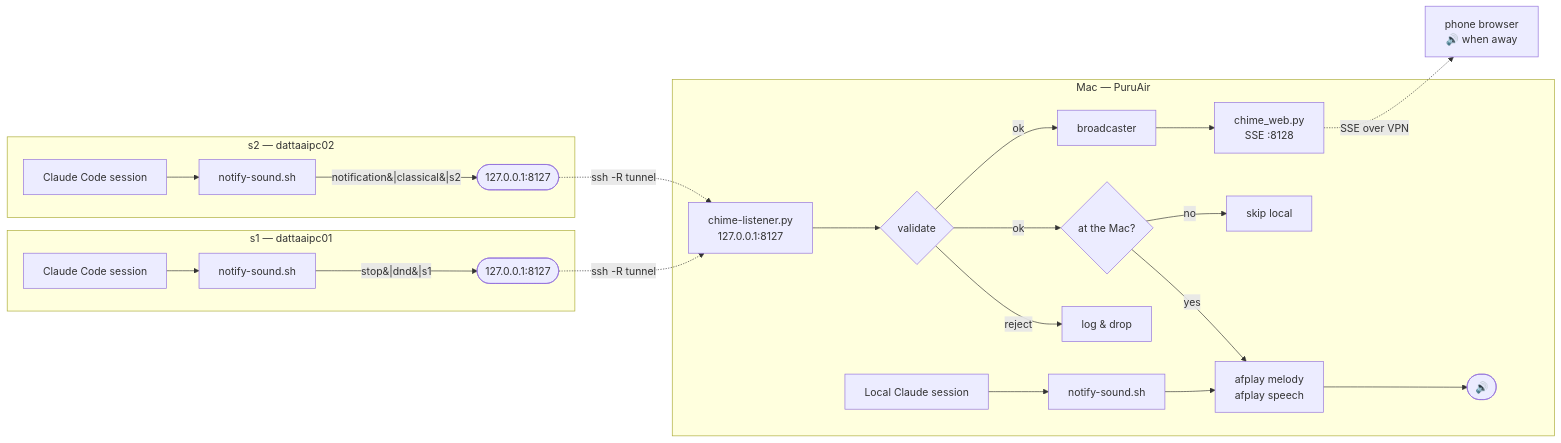
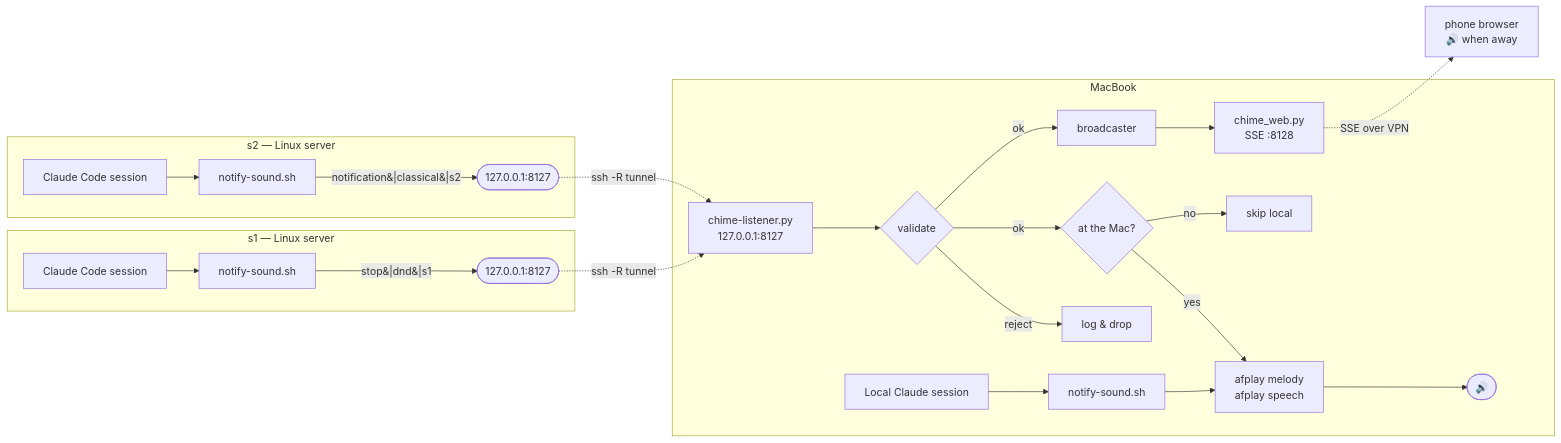
The diagram in docs/architecture.md (chandroos24/claw-bell), drawn with Mermaid before and after one commit. The commit also changed other lines of this file and 7 other files, not shown here.

````diff
--- a/docs/architecture.md
+++ b/docs/architecture.md
@@ -28,30 +28,30 @@
 ```mermaid
 flowchart LR
-    subgraph S1["s1 &mdash; dattaaipc01"]
+    subgraph S1["s1 &mdash; Linux server"]
         C1["Claude Code session"] --> H1["notify-sound.sh"]
         H1 -->|"stop&#124;dnd&#124;s1"| P1(["127.0.0.1:8127"])
     end
 
-    subgraph S2["s2 &mdash; dattaaipc02"]
+    subgraph S2["s2 &mdash; Linux server"]
         C2["Claude Code session"] --> H2["notify-sound.sh"]
         H2 -->|"notification&#124;classical&#124;s2"| P2(["127.0.0.1:8127"])
     end
 
-    subgraph MAC["Mac &mdash; PuruAir"]
+    subgraph MAC["MacBook"]
         L["chime-listener.py<br/>127.0.0.1:8127"]
         L --> V{"validate"}
         V -->|"reject"| X["log &amp; drop"]
         V -->|"ok"| PR{"at the Mac?"}
         PR -->|"yes"| A["afplay melody<br/>afplay speech"]
         PR -->|"no"| Q["skip local"]
         V -->|"ok"| BC["broadcaster"]
         BC --> WEB["chime_web.py<br/>SSE :8128"]
         A --> SPK(["🔊"])
         C3["Local Claude session"] --> H3["notify-sound.sh"] --> A
     end
 
     WEB -.->|"SSE over VPN"| PHONE["phone browser<br/>🔊 when away"]
 
     P1 -.->|"ssh -R tunnel"| L
     P2 -.->|"ssh -R tunnel"| L
 ```
````
